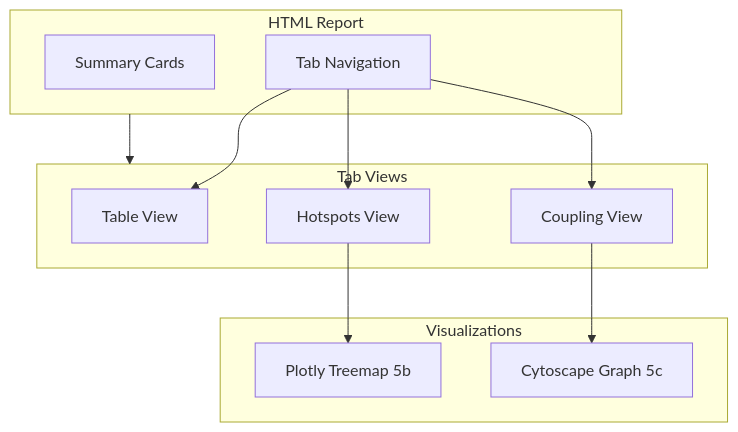
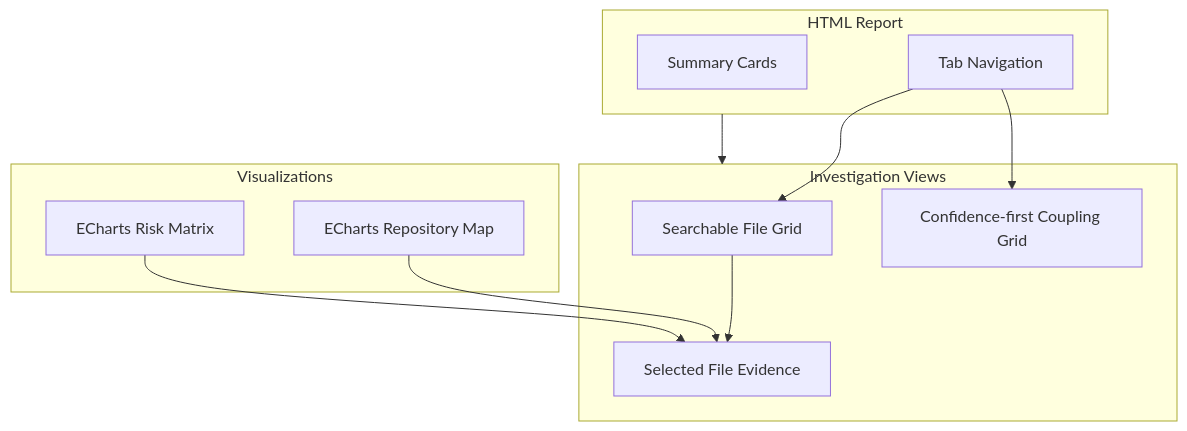
Before and after one commit to michael-denyer/black-box-unlock: the fifth of 5 diagrams in docs/CODEMAP.md, drawn with Mermaid. The commit also changed other lines of this file and 24 other files, not shown here.

````diff
--- a/docs/CODEMAP.md
+++ b/docs/CODEMAP.md
@@ -248,25 +246,25 @@
 ```mermaid
 flowchart TB
     subgraph Report["HTML Report"]
         Header[Summary Cards]
         Tabs[Tab Navigation]
     end
 
-    subgraph Views["Tab Views"]
-        Table[Table View]
-        Hotspots[Hotspots View]
-        Coupling[Coupling View]
+    subgraph Views["Investigation Views"]
+        Files[Searchable File Grid]
+        Evidence[Selected File Evidence]
+        Coupling[Confidence-first Coupling Grid]
     end
 
     subgraph Viz["Visualizations"]
-        Plotly[Plotly Treemap 5b]
-        Cytoscape[Cytoscape Graph 5c]
+        Matrix[ECharts Risk Matrix]
+        Map[ECharts Repository Map]
     end
 
     Report --> Views
-    Tabs --> Table
-    Tabs --> Hotspots
+    Tabs --> Files
     Tabs --> Coupling
-    Hotspots --> Plotly
-    Coupling --> Cytoscape
+    Files --> Evidence
+    Matrix --> Evidence
+    Map --> Evidence
 ```
````
